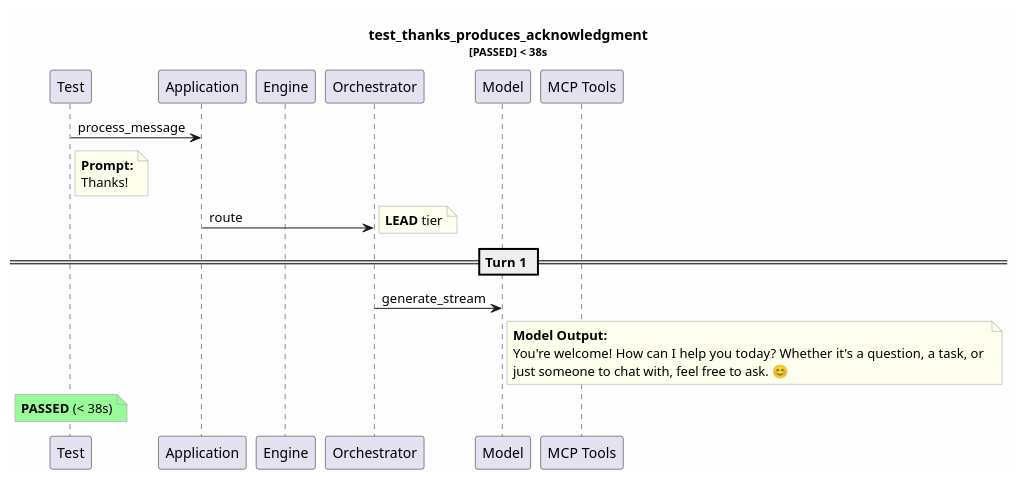
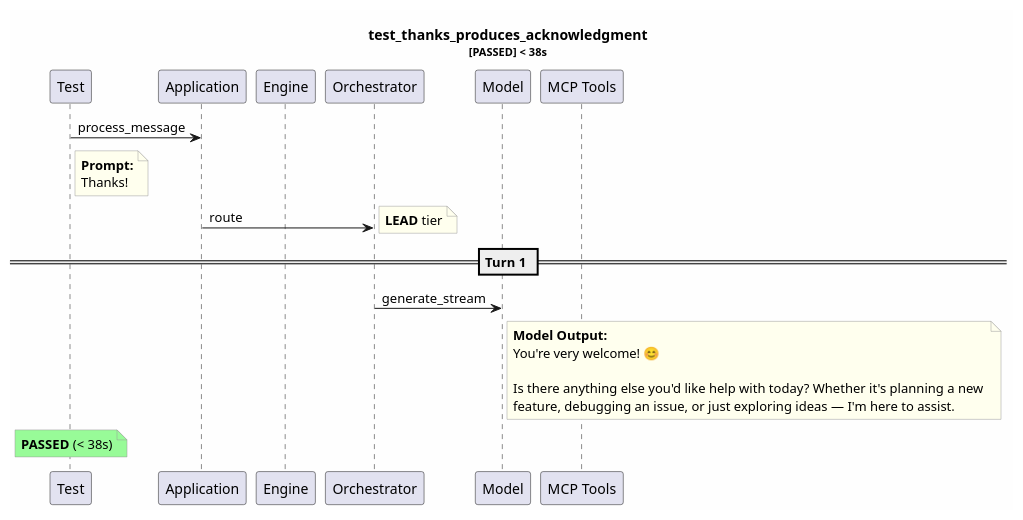
Before and after one commit to tvanfossen/entropic: the diagram in test-reports/logs/test_thanks_produces_acknowledgment/test_thanks_produces_acknowledgment.puml, drawn with PlantUML. The commit also changed 11 other files, not shown here.

```diff
--- a/test-reports/logs/test_thanks_produces_acknowledgment/test_thanks_produces_acknowledgment.puml
+++ b/test-reports/logs/test_thanks_produces_acknowledgment/test_thanks_produces_acknowledgment.puml
@@ -1,32 +1,34 @@
 @startuml
 skinparam backgroundColor #FEFEFE
 skinparam noteBorderColor #999999
 skinparam noteBackgroundColor #FFFFEE
 title test_thanks_produces_acknowledgment\n<size:11>[PASSED] < 38s</size>
 
 participant "Test" as T
 participant "Application" as App
 participant "Engine" as Eng
 participant "Orchestrator" as Orch
 participant "Model" as Mdl
 participant "MCP Tools" as MCP
 
 T -> App: process_message
 note right of T
   **Prompt:**
   Thanks!
 end note
 App -> Orch: route
 note right: **LEAD** tier
 == Turn 1 ==
 Orch -> Mdl: generate_stream
 note right of Mdl
   **Model Output:**
-  You're welcome! How can I help you today? Whether it's a question, a task, or 
-  just someone to chat with, feel free to ask. 😊
+  You're very welcome! 😊
+  
+  Is there anything else you'd like help with today? Whether it's planning a new 
+  feature, debugging an issue, or just exploring ideas — I'm here to assist.
 end note
 note over T #palegreen
   **PASSED** (< 38s)
 end note
 
 @enduml
```
